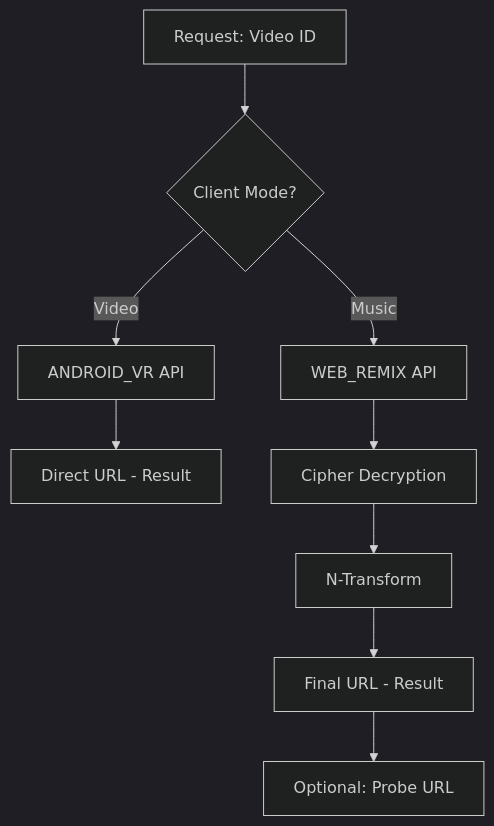
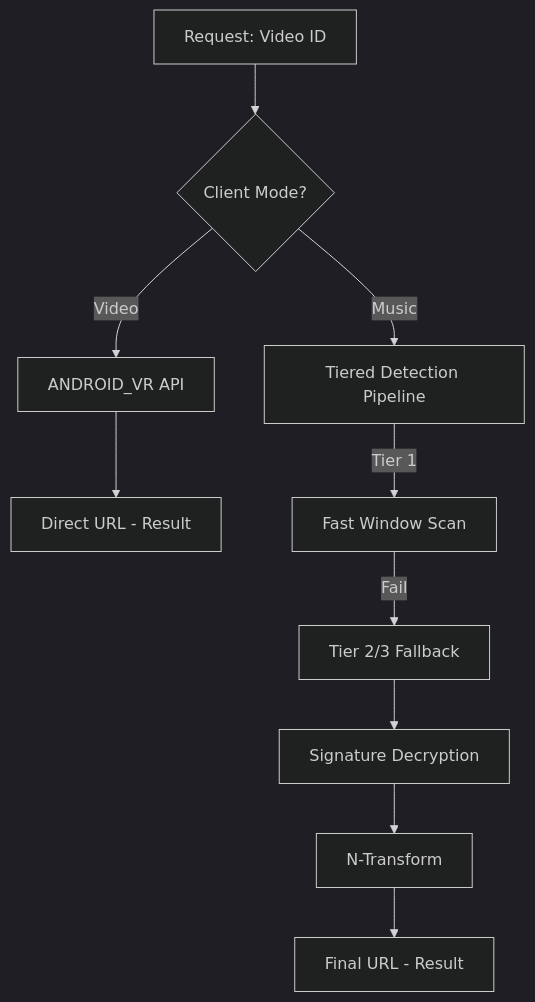
The diagram in docs/architecture/overview.md (mrjared16/ytx), drawn with Mermaid (dark theme) before and after one commit. The commit also changed other lines of this file and 10 other files, not shown here.

First line of the commit message:
docs: update all manuals to match the new fast architecture

````diff
--- a/docs/architecture/overview.md
+++ b/docs/architecture/overview.md
@@ -25,11 +25,12 @@
 ```mermaid
 graph TD
     A[Request: Video ID] --> B{Client Mode?}
     B -- Video --> C[ANDROID_VR API]
     C --> D[Direct URL - Result]
-    B -- Music --> E[WEB_REMIX API]
-    E --> F[Cipher Decryption]
-    F --> G[N-Transform]
-    G --> H[Final URL - Result]
-    H --> I[Optional: Probe URL]
+    B -- Music --> E[Tiered Detection Pipeline]
+    E -- Tier 1 --> F[Fast Window Scan]
+    F -- Fail --> G[Tier 2/3 Fallback]
+    G --> H[Signature Decryption]
+    H --> I[N-Transform]
+    I --> J[Final URL - Result]
 ```
````
